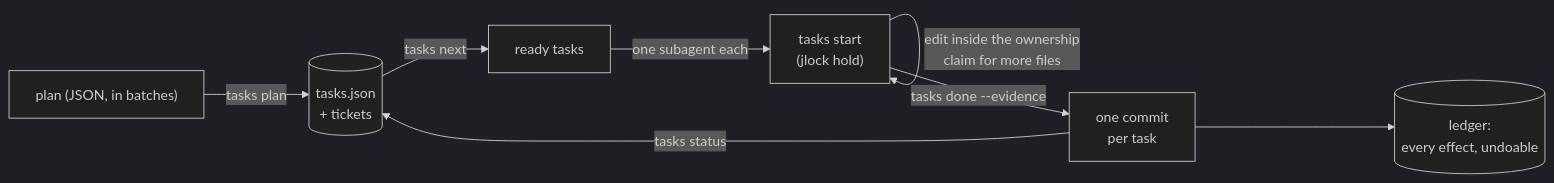
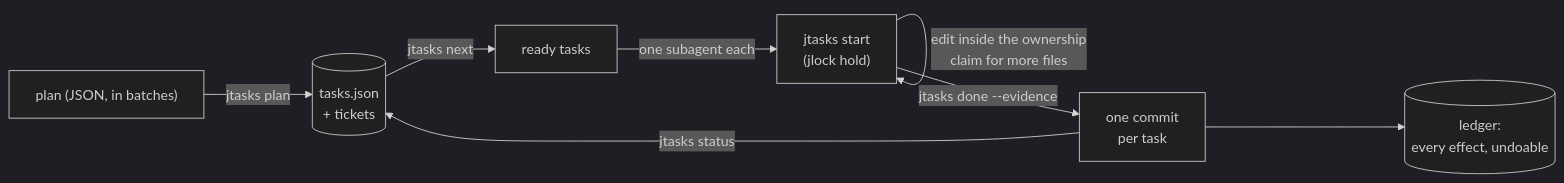
One commit to rodrigojager/jtasks changed the diagram in README.md. Above: the diagram before and after it, drawn with Mermaid (dark theme). The commit also changed other lines of this file and 98 other files, not shown here.

````diff
--- a/README.md
+++ b/README.md
@@ -36,10 +36,10 @@
 ```mermaid
 flowchart LR
-  plan["plan (JSON, in batches)"] -->|tasks plan| list[("tasks.json\n+ tickets")]
-  list -->|tasks next| ready["ready tasks"]
-  ready -->|one subagent each| work["tasks start\n(jlock hold)"]
+  plan["plan (JSON, in batches)"] -->|jtasks plan| list[("tasks.json\n+ tickets")]
+  list -->|jtasks next| ready["ready tasks"]
+  ready -->|one subagent each| work["jtasks start\n(jlock hold)"]
   work -->|edit inside the ownership\nclaim for more files| work
-  work -->|tasks done --evidence| commit["one commit\nper task"]
+  work -->|jtasks done --evidence| commit["one commit\nper task"]
   commit --> ledger[("ledger:\nevery effect, undoable")]
-  commit -->|tasks status| list
+  commit -->|jtasks status| list
 ```
````
